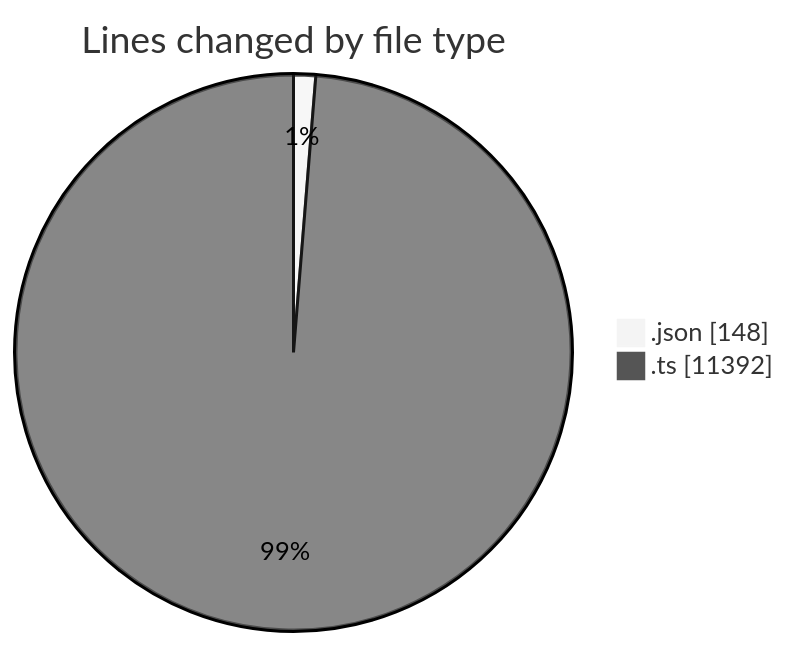
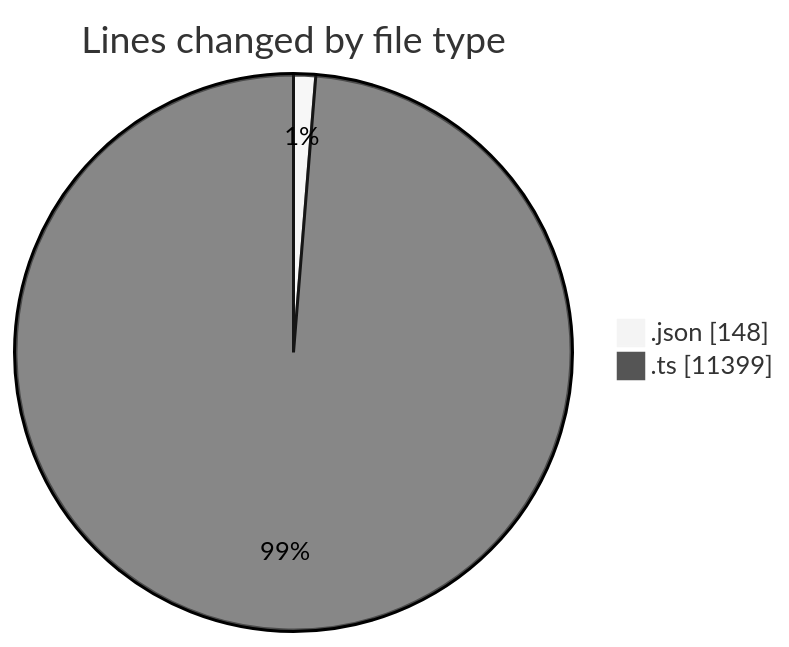
The first of 2 diagrams in 2026-10-17/repo-copilot/README.md (yexinjia/code-tracking), drawn with Mermaid (neutral theme) before and after one commit. The commit also changed other lines of this file and 1 other file, not shown here.

````diff
--- a/2026-10-17/repo-copilot/README.md
+++ b/2026-10-17/repo-copilot/README.md
@@ -21,6 +21,6 @@
 ```mermaid
 pie showData
 title Lines changed by file type
 ".json" : 148
-".ts" : 11392
+".ts" : 11399
 ```
````
